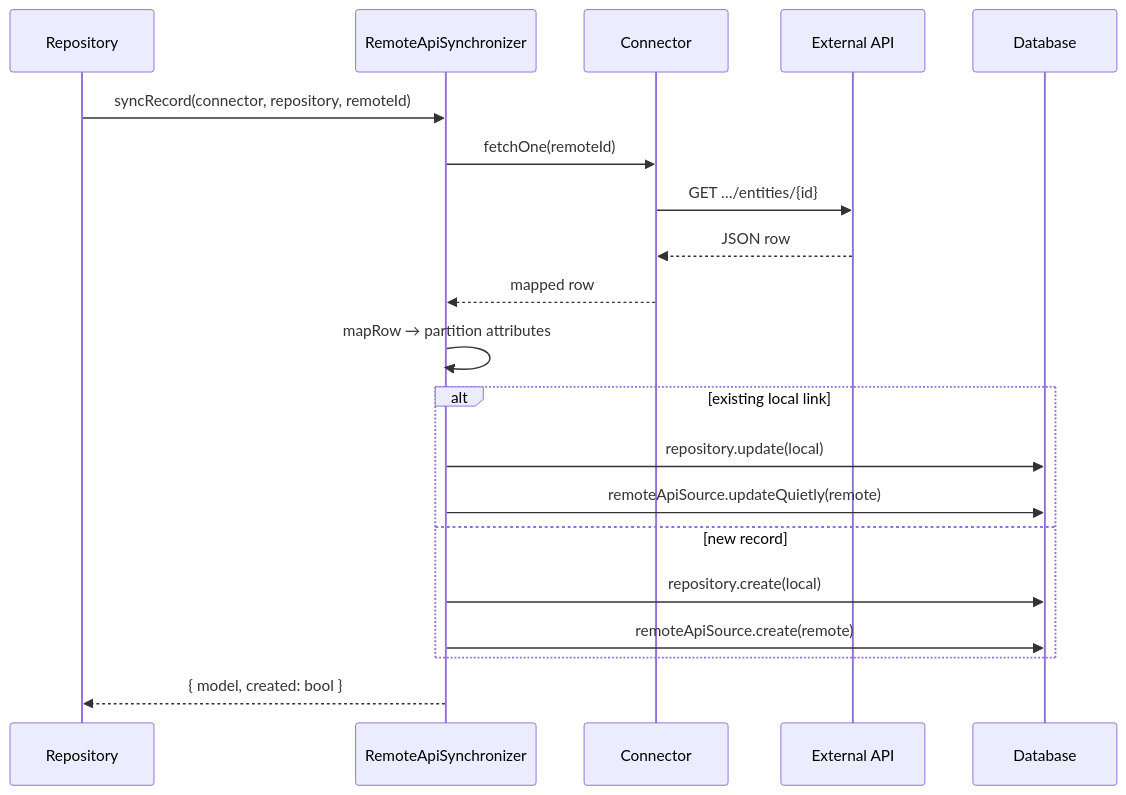
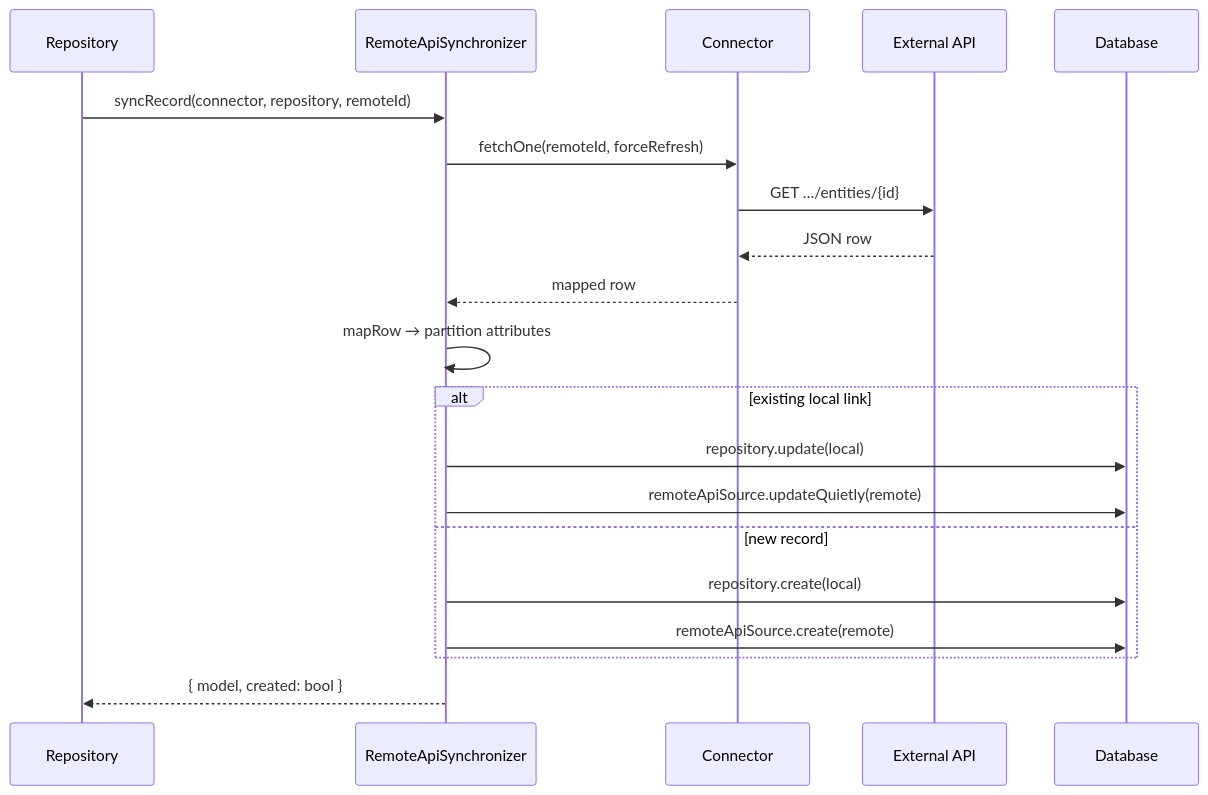
Before and after one commit to unusualify/modularity: the diagram in docs/src/pages/guide/remote-api/sync-flow.md, drawn with Mermaid. The commit also changed other lines of this file and 12 other files, not shown here.

````diff
--- a/docs/src/pages/guide/remote-api/sync-flow.md
+++ b/docs/src/pages/guide/remote-api/sync-flow.md
@@ -21,23 +21,23 @@
 ```mermaid
 sequenceDiagram
     participant R as Repository
     participant S as RemoteApiSynchronizer
     participant C as Connector
     participant API as External API
     participant DB as Database
 
     R->>S: syncRecord(connector, repository, remoteId)
-    S->>C: fetchOne(remoteId)
+    S->>C: fetchOne(remoteId, forceRefresh)
     C->>API: GET …/entities/{id}
     API-->>C: JSON row
     C-->>S: mapped row
     S->>S: mapRow → partition attributes
     alt existing local link
         S->>DB: repository.update(local)
         S->>DB: remoteApiSource.updateQuietly(remote)
     else new record
         S->>DB: repository.create(local)
         S->>DB: remoteApiSource.create(remote)
     end
     S-->>R: { model, created: bool }
 ```
````
